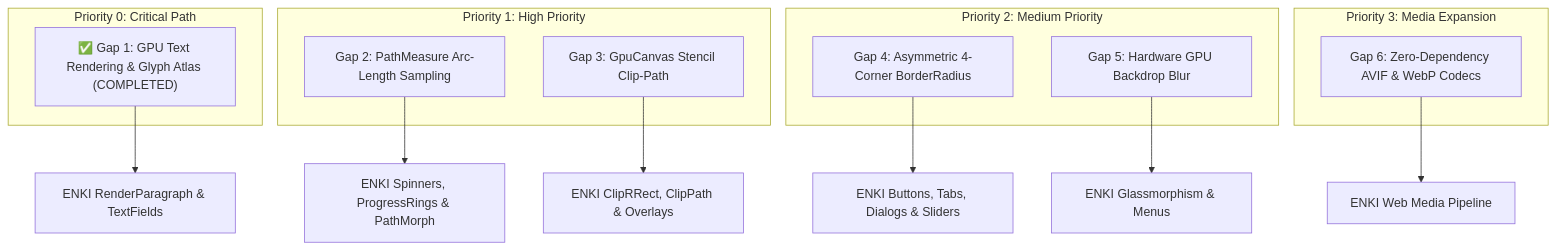
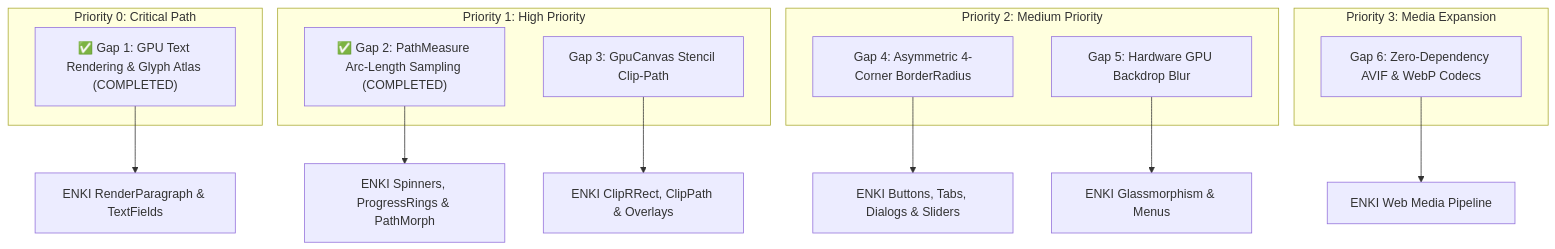
The diagram in ENKI_COMPATIBILITY_REQUIREMENTS.md (vaxp/Nisaba), drawn with Mermaid before and after one commit. The commit also changed other lines of this file and 8 other files, not shown here.

Commit message:
implement sovereign PathMeasure subsystem (ENKI Gap 2)

````diff
--- a/ENKI_COMPATIBILITY_REQUIREMENTS.md
+++ b/ENKI_COMPATIBILITY_REQUIREMENTS.md
@@ -31,24 +32,24 @@
 ```mermaid
 graph TD
     subgraph P0 [Priority 0: Critical Path]
         G1["✅ Gap 1: GPU Text Rendering & Glyph Atlas (COMPLETED)"]
     end
     subgraph P1 [Priority 1: High Priority]
-        G2[Gap 2: PathMeasure Arc-Length Sampling]
+        G2["✅ Gap 2: PathMeasure Arc-Length Sampling (COMPLETED)"]
         G3[Gap 3: GpuCanvas Stencil Clip-Path]
     end
     subgraph P2 [Priority 2: Medium Priority]
         G4[Gap 4: Asymmetric 4-Corner BorderRadius]
         G5[Gap 5: Hardware GPU Backdrop Blur]
     end
     subgraph P3 [Priority 3: Media Expansion]
         G6[Gap 6: Zero-Dependency AVIF & WebP Codecs]
     end
 
     G1 --> ENKI_TEXT[ENKI RenderParagraph & TextFields]
     G2 --> ENKI_ANIM[ENKI Spinners, ProgressRings & PathMorph]
     G3 --> ENKI_CLIP[ENKI ClipRRect, ClipPath & Overlays]
     G4 --> ENKI_WIDGETS[ENKI Buttons, Tabs, Dialogs & Sliders]
     G5 --> ENKI_GLASS[ENKI Glassmorphism & Menus]
     G6 --> ENKI_IMAGE[ENKI Web Media Pipeline]
 ```
````
